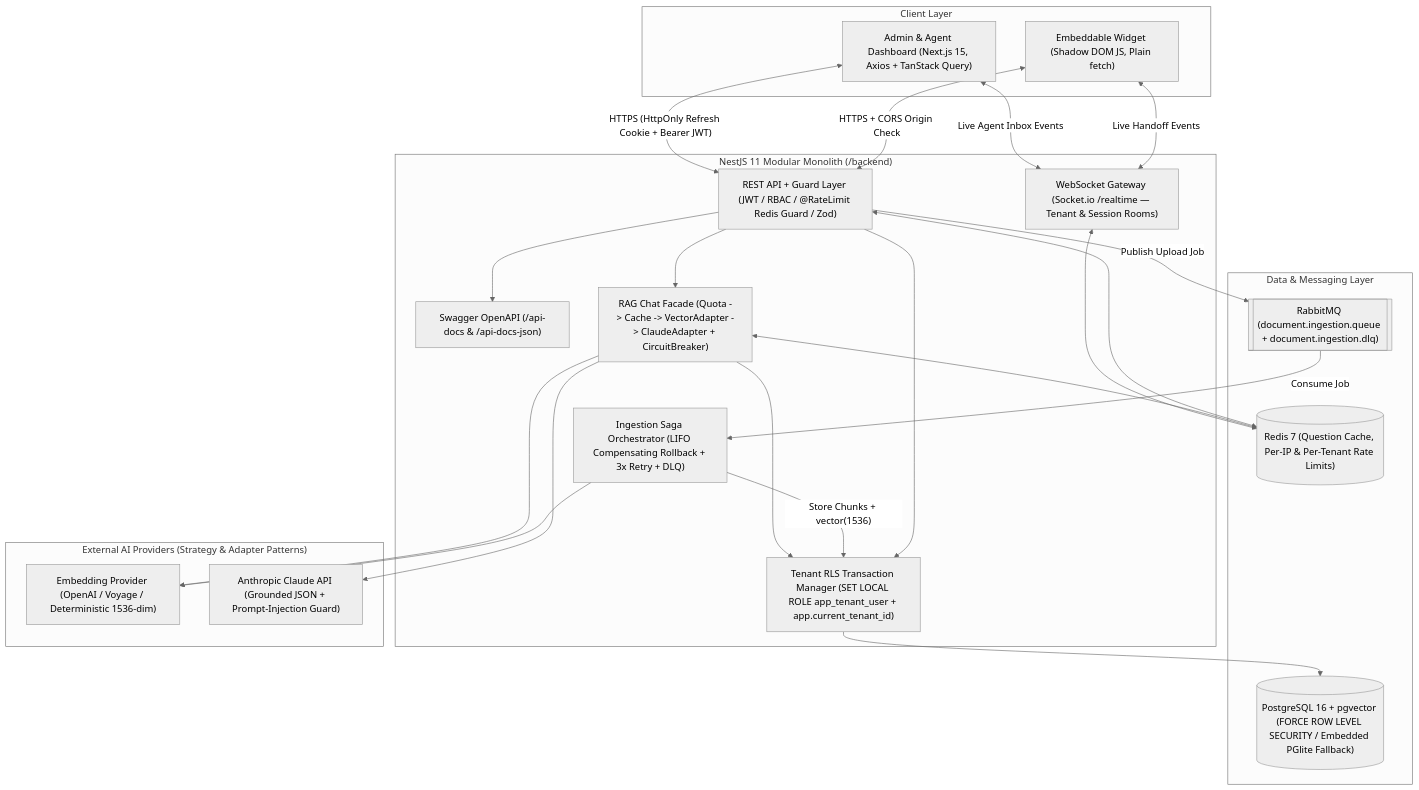
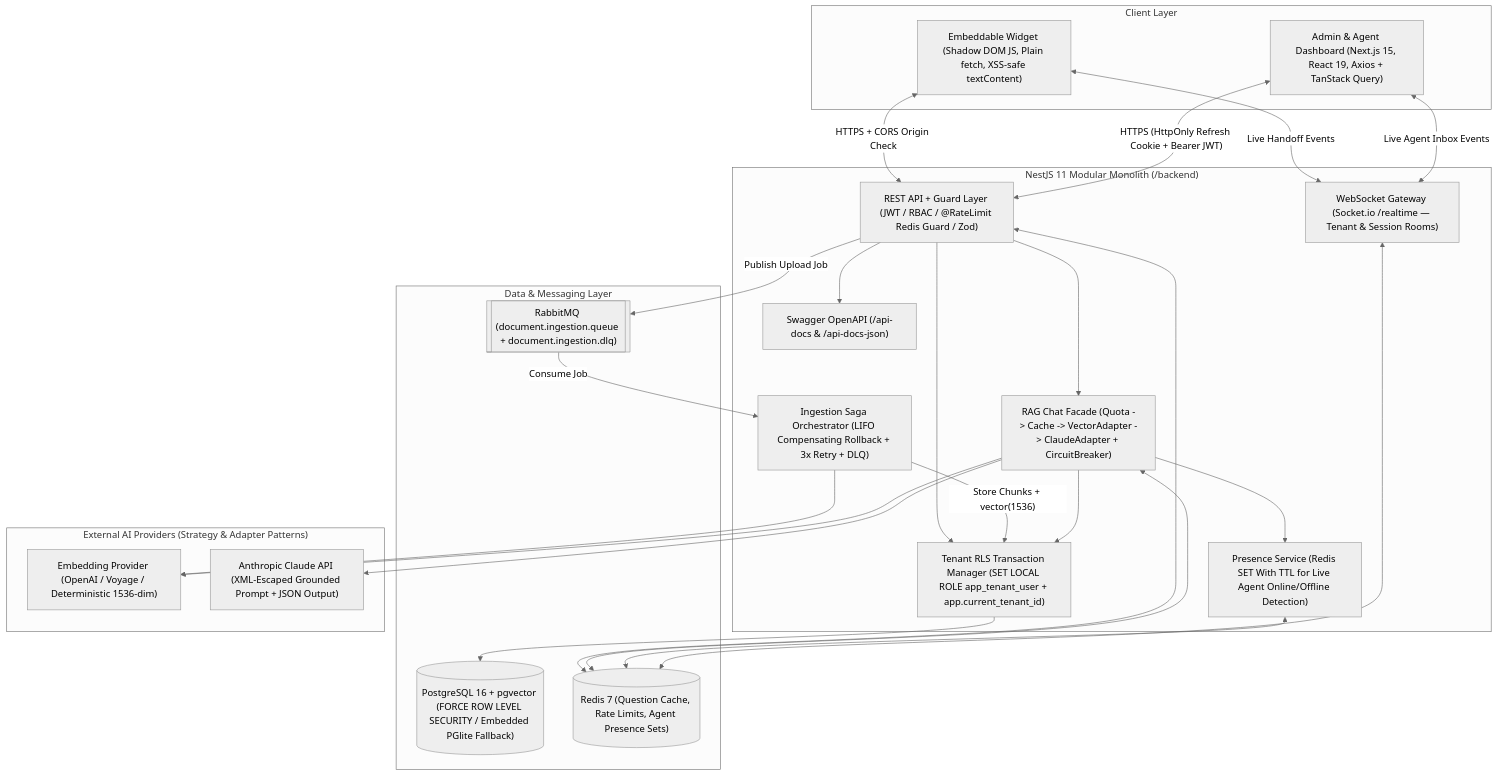
One commit to MirEashanZaman/ai-support-platform changed the first of 2 diagrams in docs/ARCHITECTURE.md. Above: the diagram before and after it, drawn with Mermaid (neutral theme). The commit also changed other lines of this file, not shown here.

Commit message:
docs(architecture): enhance system architecture diagrams, RLS transaction model, and state machine table

````diff
--- a/docs/ARCHITECTURE.md
+++ b/docs/ARCHITECTURE.md
@@ -16,47 +20,50 @@
 ```mermaid
 flowchart TB
     subgraph Client_Layer["Client Layer"]
-        Widget["Embeddable Widget (Shadow DOM JS, Plain fetch)"]
-        Dashboard["Admin & Agent Dashboard (Next.js 15, Axios + TanStack Query)"]
+        Widget["Embeddable Widget (Shadow DOM JS, Plain fetch, XSS-safe textContent)"]
+        Dashboard["Admin & Agent Dashboard (Next.js 15, React 19, Axios + TanStack Query)"]
     end
 
     subgraph API_Layer["NestJS 11 Modular Monolith (/backend)"]
         Gateway["REST API + Guard Layer (JWT / RBAC / @RateLimit Redis Guard / Zod)"]
         Swagger["Swagger OpenAPI (/api-docs & /api-docs-json)"]
         WS["WebSocket Gateway (Socket.io /realtime — Tenant & Session Rooms)"]
         RLS["Tenant RLS Transaction Manager (SET LOCAL ROLE app_tenant_user + app.current_tenant_id)"]
         ChatSvc["RAG Chat Facade (Quota -> Cache -> VectorAdapter -> ClaudeAdapter + CircuitBreaker)"]
+        Presence["Presence Service (Redis SET With TTL for Live Agent Online/Offline Detection)"]
         Saga["Ingestion Saga Orchestrator (LIFO Compensating Rollback + 3x Retry + DLQ)"]
     end
 
     subgraph Data_Messaging["Data & Messaging Layer"]
         PG[("PostgreSQL 16 + pgvector (FORCE ROW LEVEL SECURITY / Embedded PGlite Fallback)")]
-        Redis[("Redis 7 (Question Cache, Per-IP & Per-Tenant Rate Limits)")]
+        Redis[("Redis 7 (Question Cache, Rate Limits, Agent Presence Sets)")]
         RMQ[["RabbitMQ (document.ingestion.queue + document.ingestion.dlq)"]]
     end
 
     subgraph External_AI["External AI Providers (Strategy & Adapter Patterns)"]
         EmbedAPI["Embedding Provider (OpenAI / Voyage / Deterministic 1536-dim)"]
-        ClaudeAPI["Anthropic Claude API (Grounded JSON + Prompt-Injection Guard)"]
+        ClaudeAPI["Anthropic Claude API (XML-Escaped Grounded Prompt + JSON Output)"]
     end
 
     Widget <-->|"HTTPS + CORS Origin Check"| Gateway
     Widget <-->|"Live Handoff Events"| WS
     Dashboard <-->|"HTTPS (HttpOnly Refresh Cookie + Bearer JWT)"| Gateway
     Dashboard <-->|"Live Agent Inbox Events"| WS
 
     Gateway --> RLS
     Gateway --> Swagger
     RLS --> PG
     Gateway <--> Redis
     Gateway -->|"Publish Upload Job"| RMQ
     RMQ -->|"Consume Job"| Saga
     Saga --> EmbedAPI
     Saga -->|"Store Chunks + vector(1536)"| RLS
     Gateway --> ChatSvc
     ChatSvc <--> Redis
+    ChatSvc --> Presence
+    Presence <--> Redis
     ChatSvc --> EmbedAPI
     ChatSvc --> RLS
     ChatSvc --> ClaudeAPI
     WS <--> Redis
 ```
````
